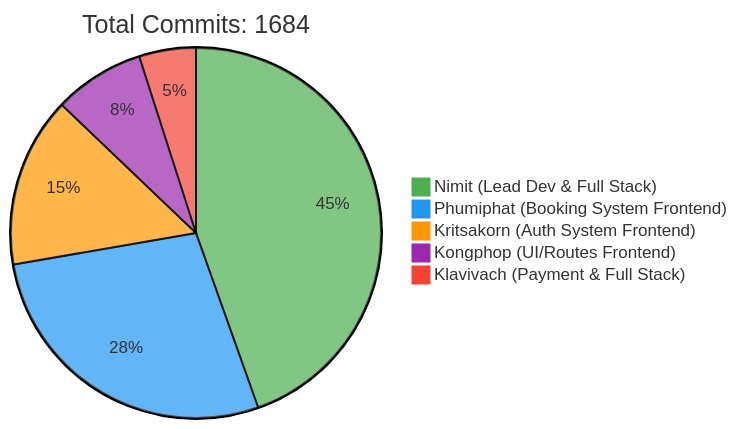
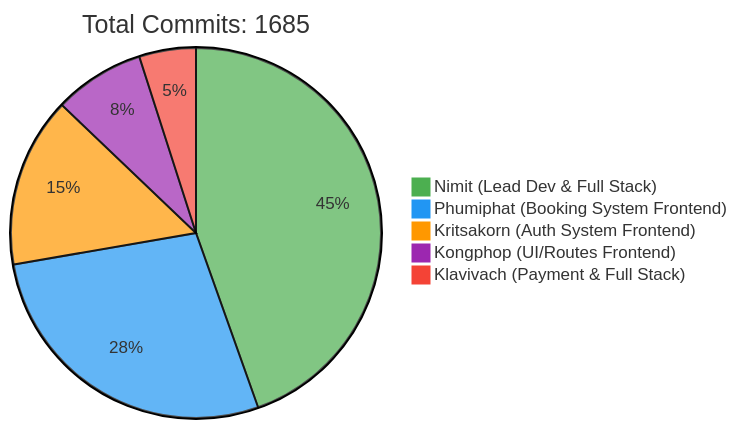
One commit to 6531503042/Sport-Complex changed the first of 2 diagrams in README.md. Above: the diagram before and after it, drawn with Mermaid. The commit also changed other lines of this file, not shown here.

Commit message:
docs: Update contributor statistics [skip ci]

````diff
--- a/README.md
+++ b/README.md
@@ -257,10 +257,10 @@
 ```mermaid
 %%{init: {'theme': 'base', 'themeVariables': { 'pie1': '#4CAF50', 'pie2': '#2196F3', 'pie3': '#FF9800', 'pie4': '#9C27B0', 'pie5': '#F44336'}}}%%
 pie
-    title Total Commits: 1684
+    title Total Commits: 1685
     "Nimit (Lead Dev & Full Stack)" : 450
     "Phumiphat (Booking System Frontend)" : 280
     "Kritsakorn (Auth System Frontend)" : 150
     "Kongphop (UI/Routes Frontend)" : 80
     "Klavivach (Payment & Full Stack)" : 50
 ```
````
